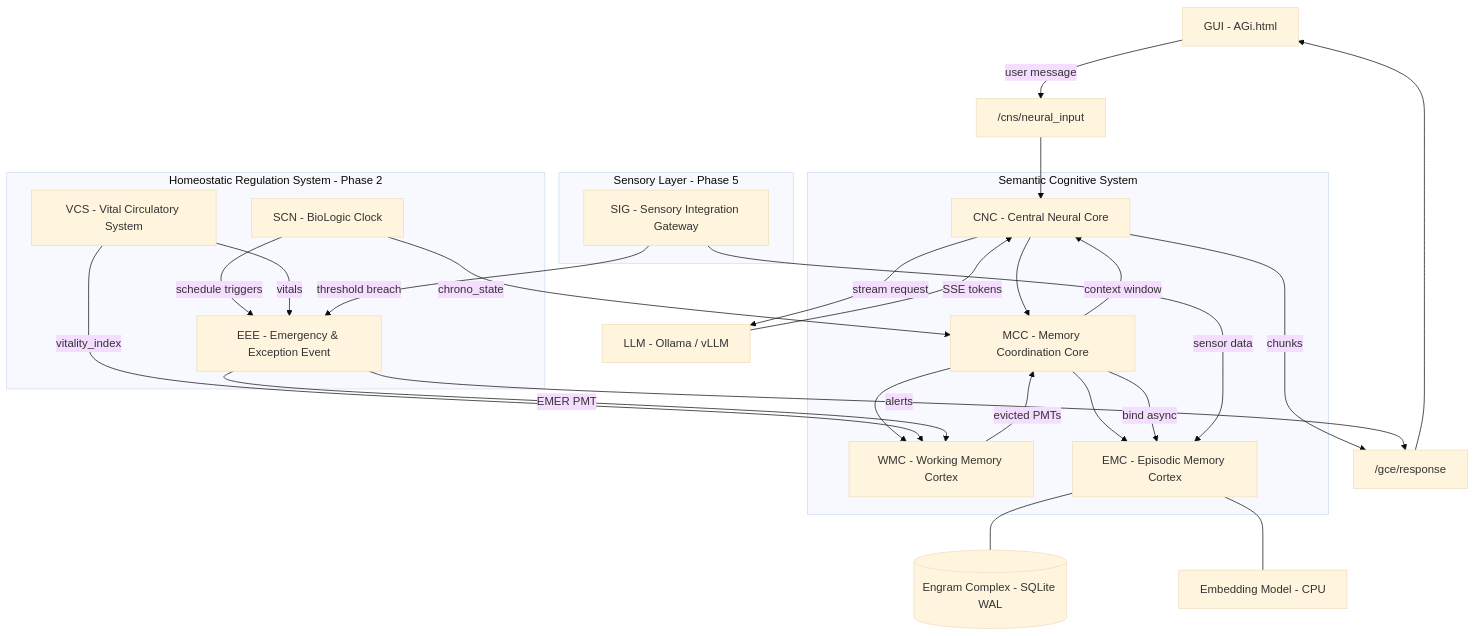
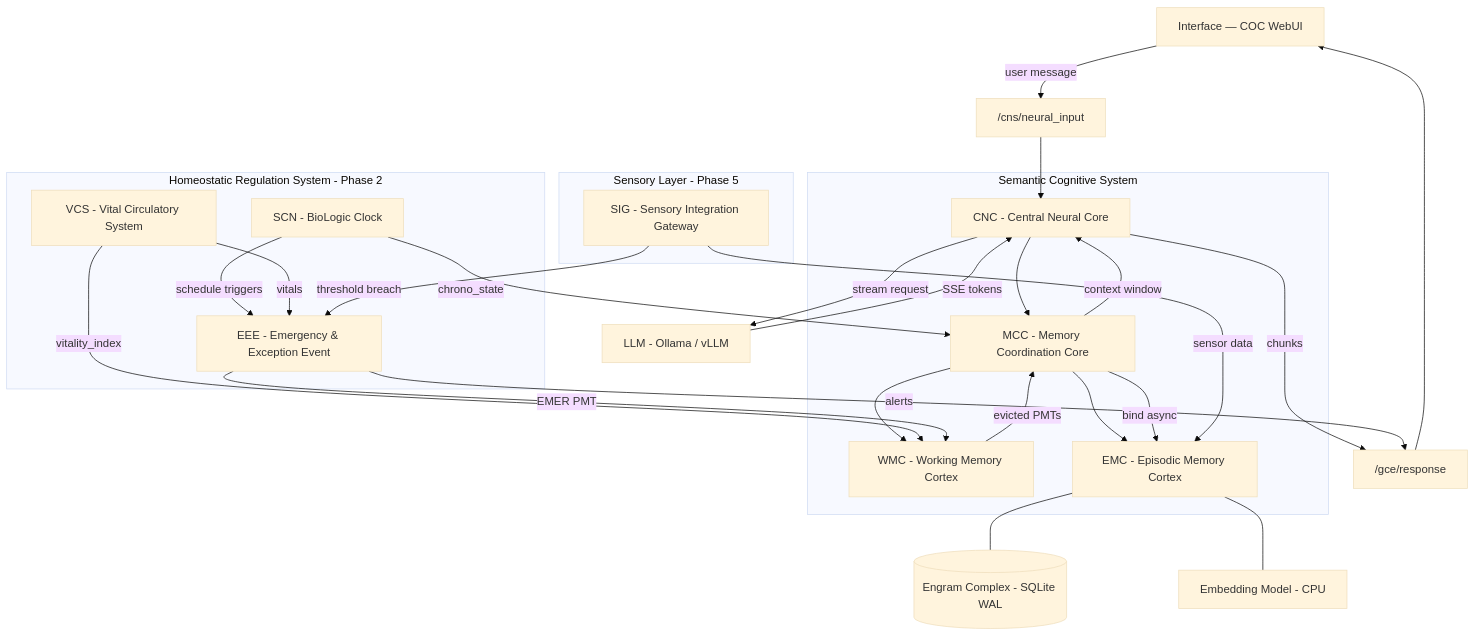
The first of 2 diagrams in README.md (OppaAI/AGi), drawn with Mermaid (base theme) before and after one commit. The commit also changed other lines of this file and 13 other files, not shown here.

````diff
--- a/README.md
+++ b/README.md
@@ -427,51 +427,51 @@
 ```mermaid
 flowchart TD
-    GUI[GUI - AGi.html]
+    COC[Interface — COC WebUI]
     IN[ /cns/neural_input]
     OUT[ /gce/response]
- 
+
     subgraph SCS[Semantic Cognitive System]
         CNC[CNC - Central Neural Core]
         MCC[MCC - Memory Coordination Core]
         WMC[WMC - Working Memory Cortex]
         EMC[EMC - Episodic Memory Cortex]
     end
- 
+
     subgraph HRS[Homeostatic Regulation System - Phase 2]
         SCN[SCN - BioLogic Clock]
         EEE[EEE - Emergency & Exception Event]
         VCS[VCS - Vital Circulatory System]
     end
- 
+
     subgraph SENS[Sensory Layer - Phase 5]
         SIG[SIG - Sensory Integration Gateway]
     end
- 
+
     LLM[LLM - Ollama / vLLM]
     DB[(Engram Complex - SQLite WAL)]
     EMBED[Embedding Model - CPU]
- 
-    GUI -->|user message| IN
+
+    COC -->|user message| IN
     IN --> CNC
     CNC --> MCC
     MCC --> WMC
     MCC --> EMC
     WMC -->|evicted PMTs| MCC
     MCC -->|bind async| EMC
     EMC --- DB
     EMC --- EMBED
     MCC -->|context window| CNC
     CNC -->|stream request| LLM
     LLM -->|SSE tokens| CNC
     CNC -->|chunks| OUT
-    OUT --> GUI
- 
+    OUT --> COC
+
     SCN -->|chrono_state| MCC
     SCN -->|schedule triggers| EEE
     VCS -->|vitals| EEE
     VCS -->|vitality_index| WMC
     EEE -->|EMER PMT| WMC
     EEE -->|alerts| OUT
     SIG -->|sensor data| EMC
     SIG -->|threshold breach| EEE
 ```
````
